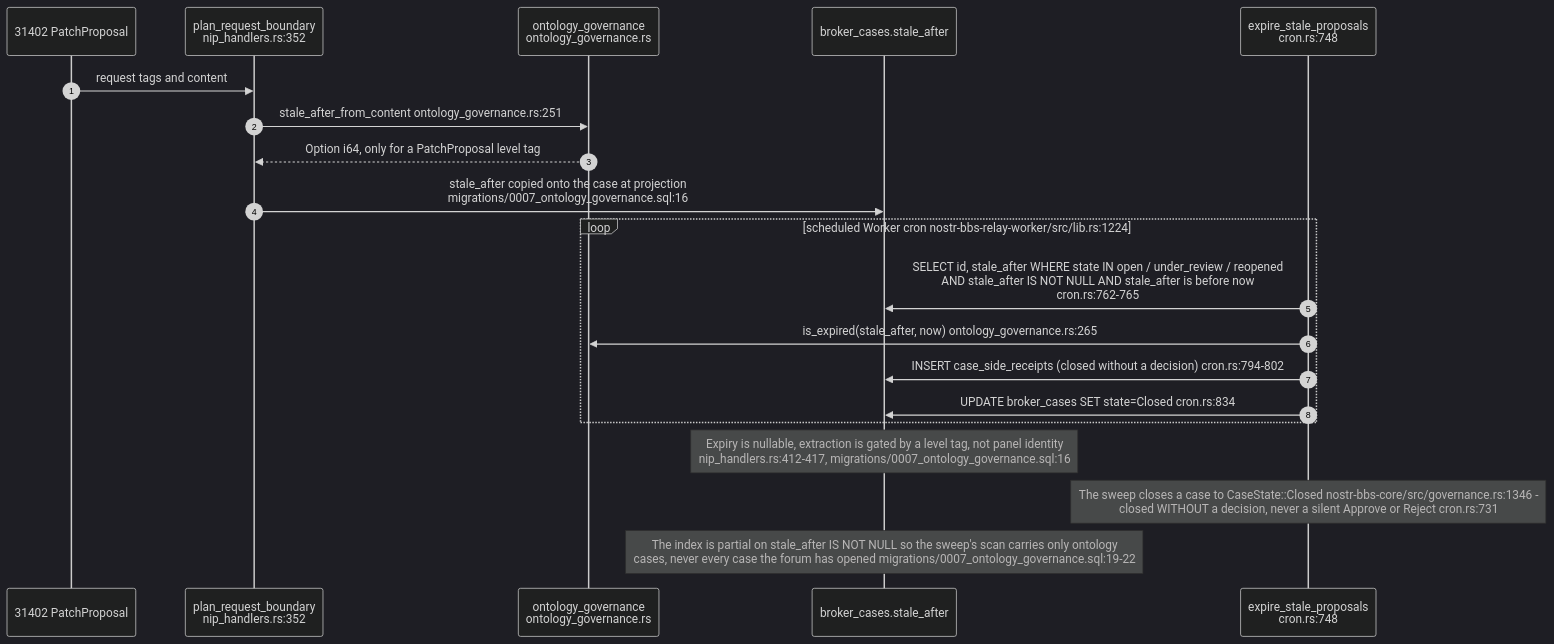
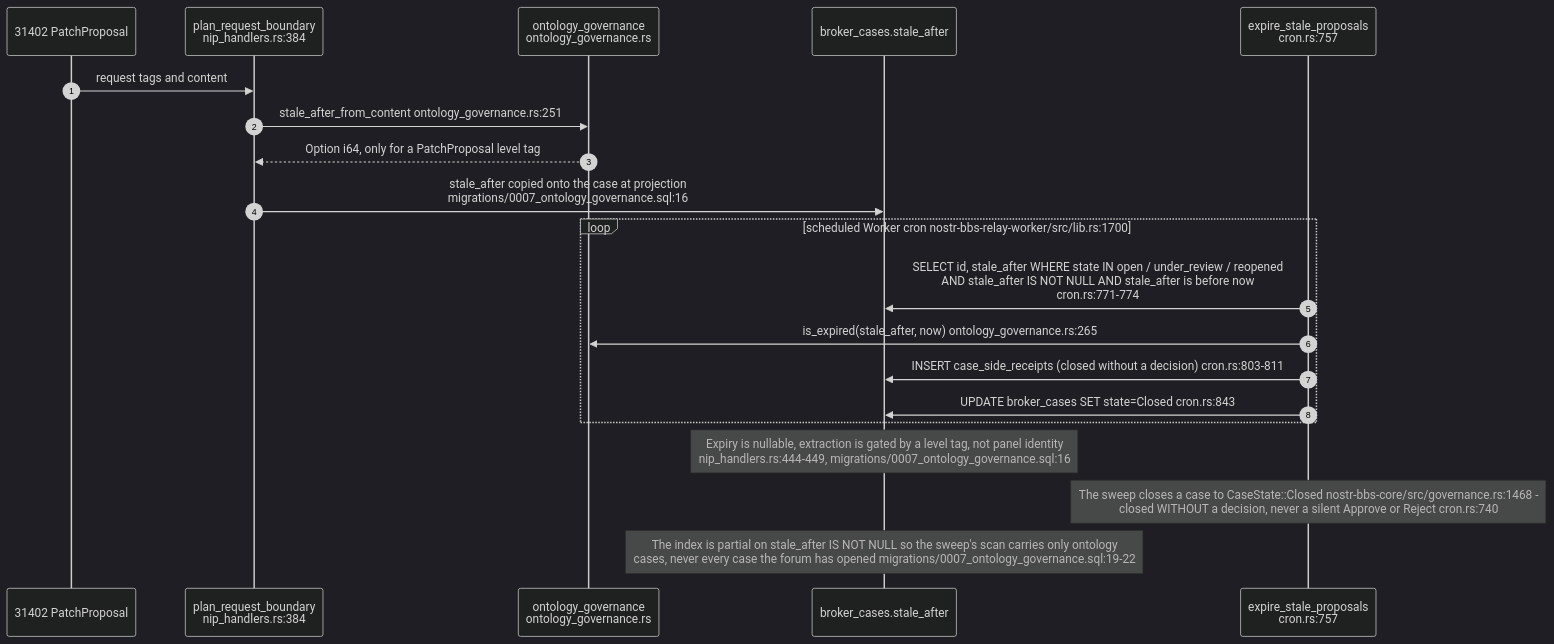
Before and after one commit to DreamLab-AI/VisionFlow: diagram 14 of 18 in docs/diagrams/nostr-rust-forum/06-agent-control-surface-31400-31405.md, drawn with Mermaid (dark theme). The commit also changed other lines of this file, not shown here.

First line of the commit message:
docs(diagrams): NF-06 re-verified at nostr-rust-forum af4f0d5

````diff
--- a/docs/diagrams/nostr-rust-forum/06-agent-control-surface-31400-31405.md
+++ b/docs/diagrams/nostr-rust-forum/06-agent-control-surface-31400-31405.md
@@ -403,25 +403,25 @@
 ```mermaid
 sequenceDiagram
     autonumber
     participant REQ as 31402 PatchProposal
-    participant PB as plan_request_boundary<br/>nip_handlers.rs:352
+    participant PB as plan_request_boundary<br/>nip_handlers.rs:384
     participant OG as ontology_governance<br/>ontology_governance.rs
     participant DB as broker_cases.stale_after
-    participant CRON as expire_stale_proposals<br/>cron.rs:748
+    participant CRON as expire_stale_proposals<br/>cron.rs:757
 
     REQ->>PB: request tags and content
     PB->>OG: stale_after_from_content ontology_governance.rs:251
     OG-->>PB: Option i64, only for a PatchProposal level tag
     PB->>DB: stale_after copied onto the case at projection<br/>migrations/0007_ontology_governance.sql:16
 
-    loop scheduled Worker cron nostr-bbs-relay-worker/src/lib.rs:1224
-        CRON->>DB: SELECT id, stale_after WHERE state IN open / under_review / reopened<br/>AND stale_after IS NOT NULL AND stale_after is before now<br/>cron.rs:762-765
+    loop scheduled Worker cron nostr-bbs-relay-worker/src/lib.rs:1700
+        CRON->>DB: SELECT id, stale_after WHERE state IN open / under_review / reopened<br/>AND stale_after IS NOT NULL AND stale_after is before now<br/>cron.rs:771-774
         CRON->>OG: is_expired(stale_after, now) ontology_governance.rs:265
-        CRON->>DB: INSERT case_side_receipts (closed without a decision) cron.rs:794-802
-        CRON->>DB: UPDATE broker_cases SET state=Closed cron.rs:834
+        CRON->>DB: INSERT case_side_receipts (closed without a decision) cron.rs:803-811
+        CRON->>DB: UPDATE broker_cases SET state=Closed cron.rs:843
     end
 
-    Note over DB: Expiry is nullable, extraction is gated by a level tag, not panel identity<br/>nip_handlers.rs:412-417, migrations/0007_ontology_governance.sql:16
-    Note over CRON: The sweep closes a case to CaseState::Closed nostr-bbs-core/src/governance.rs:1346 -<br/>closed WITHOUT a decision, never a silent Approve or Reject cron.rs:731
+    Note over DB: Expiry is nullable, extraction is gated by a level tag, not panel identity<br/>nip_handlers.rs:444-449, migrations/0007_ontology_governance.sql:16
+    Note over CRON: The sweep closes a case to CaseState::Closed nostr-bbs-core/src/governance.rs:1468 -<br/>closed WITHOUT a decision, never a silent Approve or Reject cron.rs:740
     Note over DB: The index is partial on stale_after IS NOT NULL so the sweep's scan carries only ontology<br/>cases, never every case the forum has opened migrations/0007_ontology_governance.sql:19-22
 ```
````
